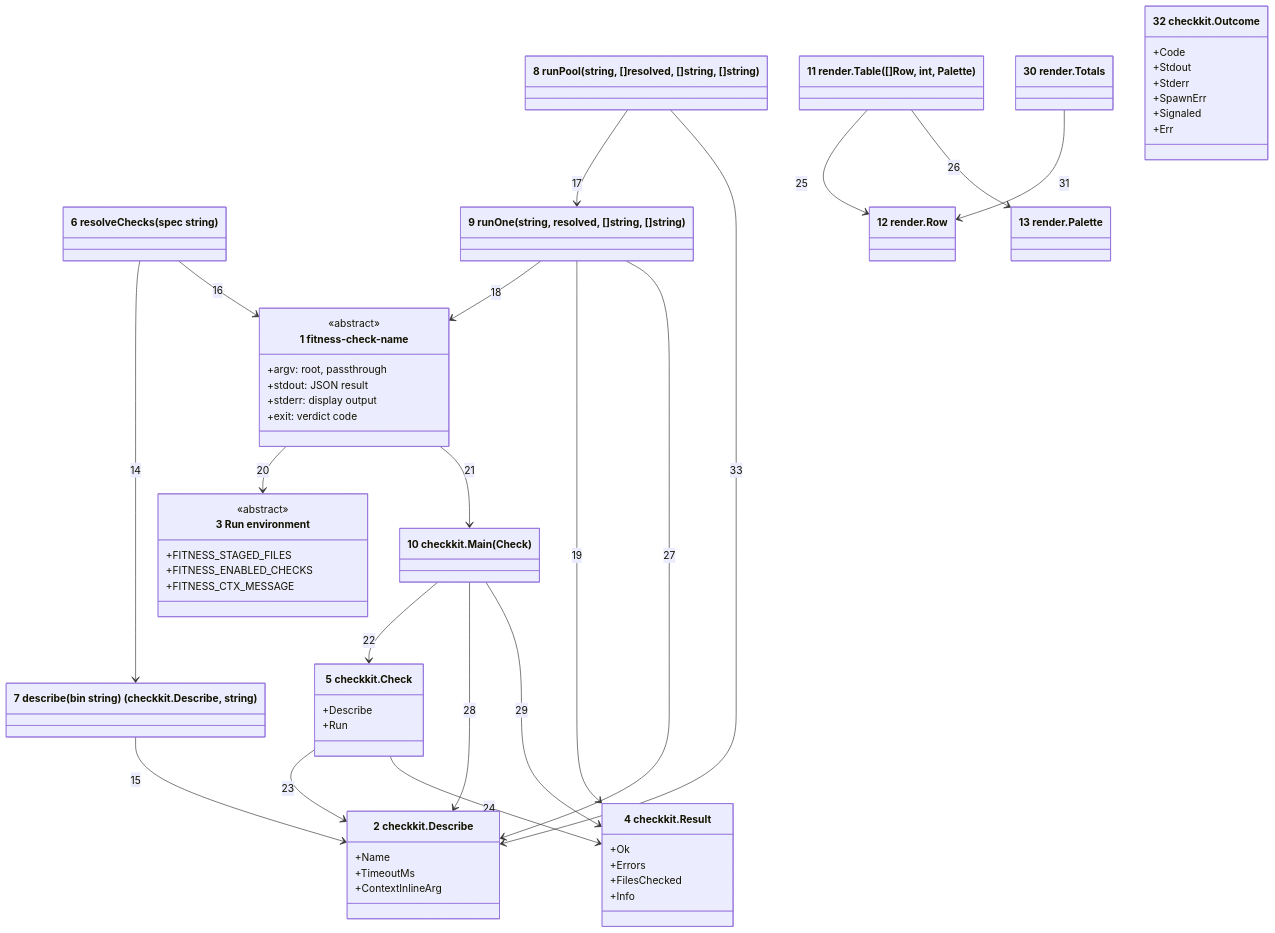
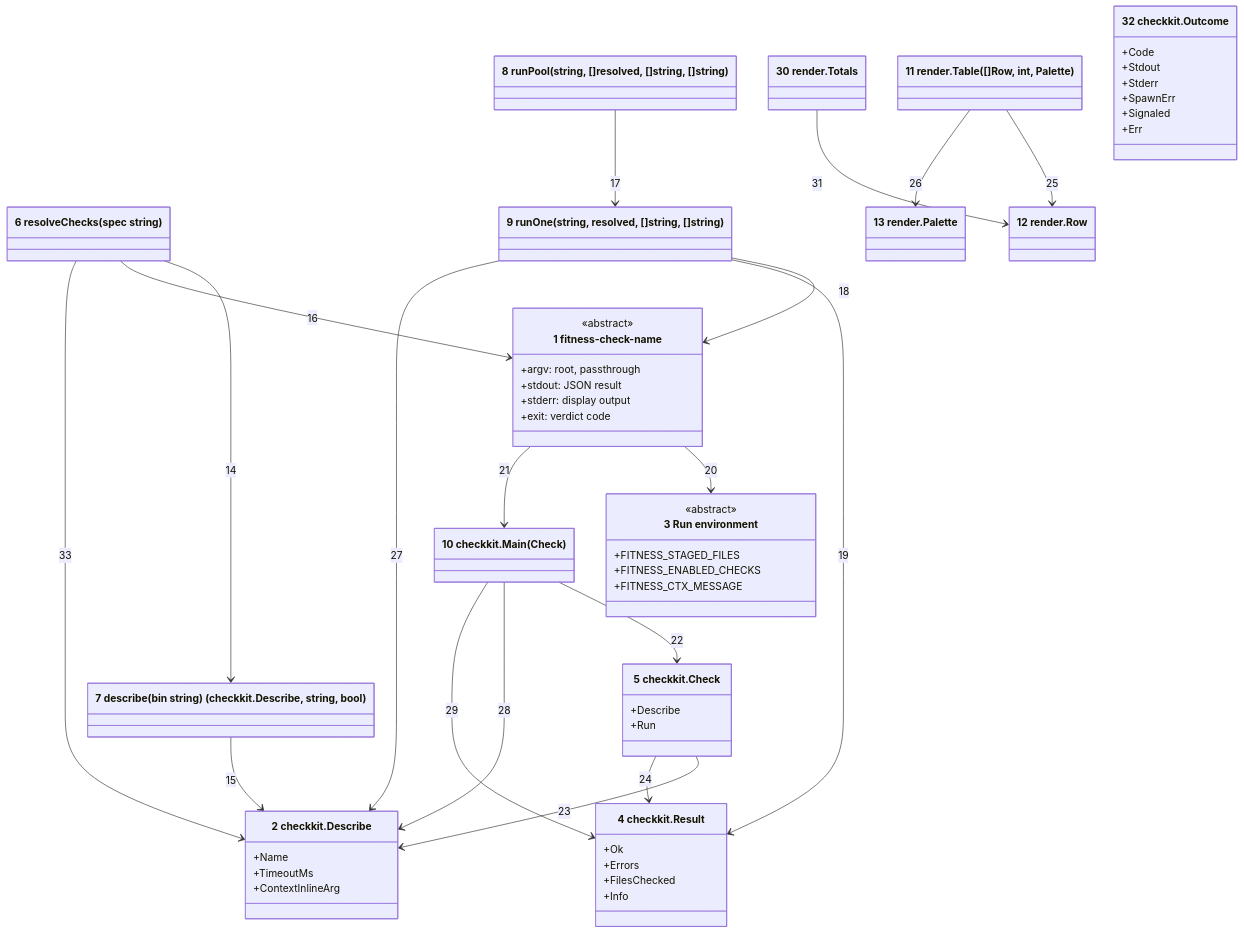
Before and after one commit to may-journal/fitness-runner: the first of 2 diagrams in docs/architecture/04-code.md, drawn with Mermaid. The commit also changed other lines of this file and 3 other files, not shown here.

````diff
--- a/docs/architecture/04-code.md
+++ b/docs/architecture/04-code.md
@@ -8,67 +8,67 @@
 ```mermaid
 classDiagram
     class CheckBinary["1 fitness-check-name"] {
         <<abstract>>
         +argv: root, passthrough
         +stdout: JSON result
         +stderr: display output
         +exit: verdict code
     }
     class Describe["2 checkkit.Describe"] {
         +Name
         +TimeoutMs
         +ContextInlineArg
     }
     class RunEnv["3 Run environment"] {
         <<abstract>>
         +FITNESS_STAGED_FILES
         +FITNESS_ENABLED_CHECKS
         +FITNESS_CTX_MESSAGE
     }
     class Result["4 checkkit.Result"] {
         +Ok
         +Errors
         +FilesChecked
         +Info
     }
     class Check["5 checkkit.Check"] {
         +Describe
         +Run
     }
     class resolveChecks["6 resolveChecks(spec string)"]
-    class describe["7 describe(bin string) (checkkit.Describe, string)"]
+    class describe["7 describe(bin string) (checkkit.Describe, string, bool)"]
     class runPool["8 runPool(string, []resolved, []string, []string)"]
     class runOne["9 runOne(string, resolved, []string, []string)"]
     class checkkitMain["10 checkkit.Main(Check)"]
     class renderTable["11 render.Table([]Row, int, Palette)"]
     class Row["12 render.Row"]
     class Palette["13 render.Palette"]
     class Totals["30 render.Totals"]
     class Outcome["32 checkkit.Outcome"] {
         +Code
         +Stdout
         +Stderr
         +SpawnErr
         +Signaled
         +Err
     }
 
     resolveChecks --> describe : 14
     describe --> Describe : 15
     resolveChecks --> CheckBinary : 16
     runPool --> runOne : 17
     runOne --> CheckBinary : 18
     runOne --> Result : 19
     CheckBinary --> RunEnv : 20
     CheckBinary --> checkkitMain : 21
     checkkitMain --> Check : 22
     Check --> Describe : 23
     Check --> Result : 24
     renderTable --> Row : 25
     renderTable --> Palette : 26
     runOne --> Describe : 27
     checkkitMain --> Describe : 28
     checkkitMain --> Result : 29
     Totals --> Row : 31
-    runPool --> Describe : 33
+    resolveChecks --> Describe : 33
 ```
````
